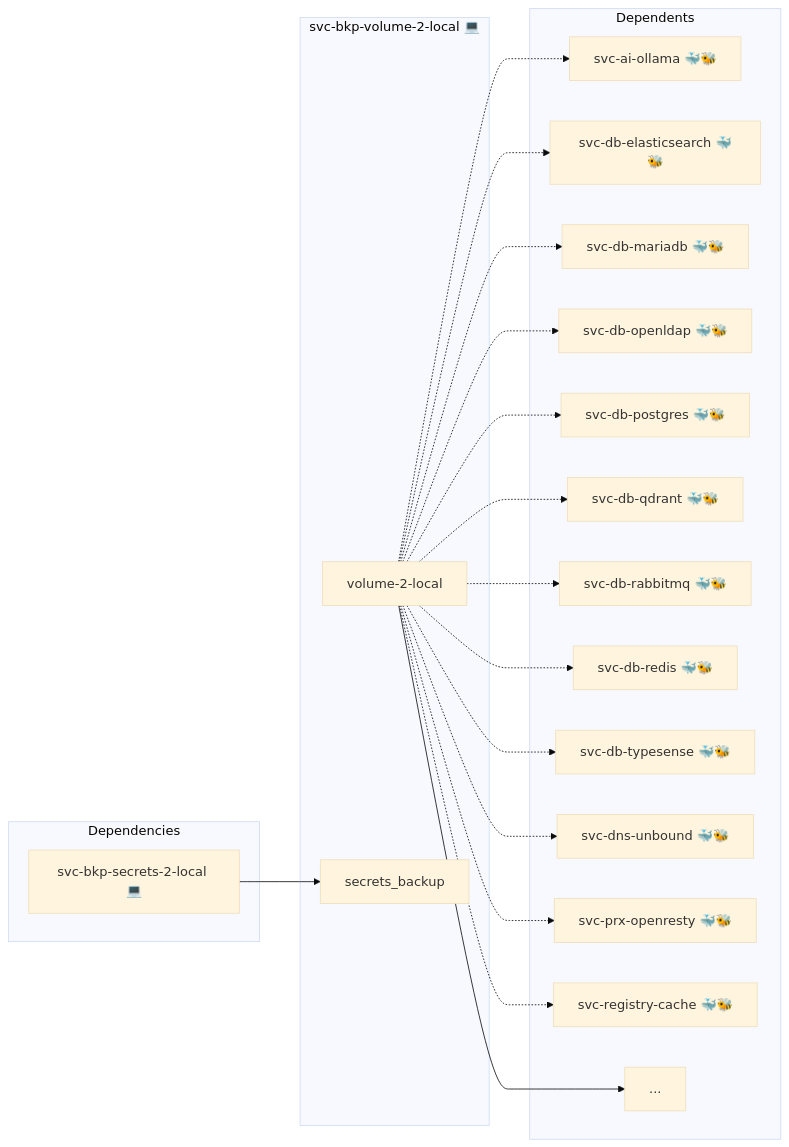
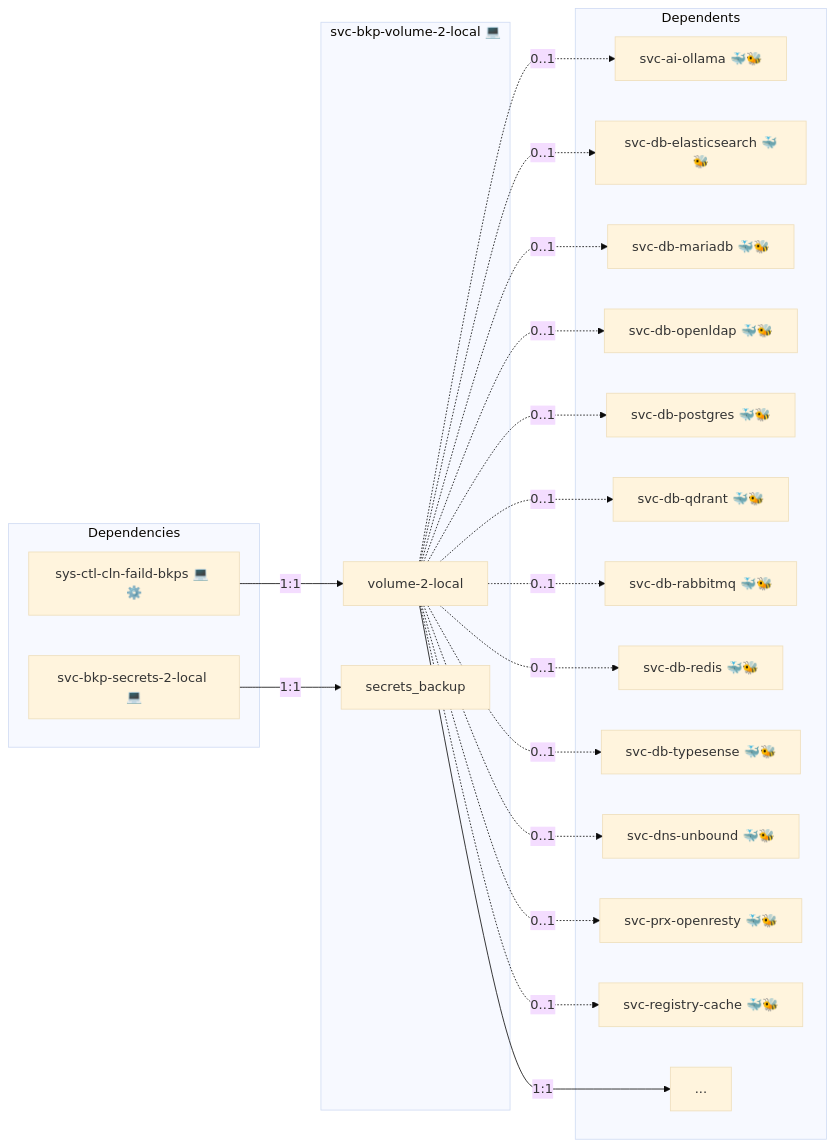
One commit to AlejandroRomanIbanez/infinito-nexus changed the first of 2 diagrams in roles/svc-bkp-volume-2-local/README.md. Above: the diagram before and after it, drawn with Mermaid (base theme). The commit also changed other lines of this file and 4 other files, not shown here.

First line of the commit message:
docs(svc-bkp): regenerate READMEs with current cosmos diagrams

````diff
--- a/roles/svc-bkp-volume-2-local/README.md
+++ b/roles/svc-bkp-volume-2-local/README.md
@@ -17,39 +17,41 @@
 ```mermaid
 flowchart LR
     subgraph deps [Dependencies]
         dep_svc_bkp_secrets_2_local["svc-bkp-secrets-2-local 💻"]
+        dep_sys_ctl_cln_faild_bkps["sys-ctl-cln-faild-bkps 💻 ⚙️"]
     end
     subgraph role [svc-bkp-volume-2-local 💻]
         svc_volume_2_local["volume-2-local"]
         svc_secrets_backup["secrets_backup"]
     end
     subgraph dependents [Dependents]
         dpt_svc_ai_ollama["svc-ai-ollama 🐳🐝"]
         dpt_svc_db_elasticsearch["svc-db-elasticsearch 🐳🐝"]
         dpt_svc_db_mariadb["svc-db-mariadb 🐳🐝"]
         dpt_svc_db_openldap["svc-db-openldap 🐳🐝"]
         dpt_svc_db_postgres["svc-db-postgres 🐳🐝"]
         dpt_svc_db_qdrant["svc-db-qdrant 🐳🐝"]
         dpt_svc_db_rabbitmq["svc-db-rabbitmq 🐳🐝"]
         dpt_svc_db_redis["svc-db-redis 🐳🐝"]
         dpt_svc_db_typesense["svc-db-typesense 🐳🐝"]
         dpt_svc_dns_unbound["svc-dns-unbound 🐳🐝"]
         dpt_svc_prx_openresty["svc-prx-openresty 🐳🐝"]
         dpt_svc_registry_cache["svc-registry-cache 🐳🐝"]
         dpt_more["..."]
     end
-    dep_svc_bkp_secrets_2_local --> svc_secrets_backup
-    svc_volume_2_local --> dpt_more
-    svc_volume_2_local -.-> dpt_svc_ai_ollama
-    svc_volume_2_local -.-> dpt_svc_db_elasticsearch
-    svc_volume_2_local -.-> dpt_svc_db_mariadb
-    svc_volume_2_local -.-> dpt_svc_db_openldap
-    svc_volume_2_local -.-> dpt_svc_db_postgres
-    svc_volume_2_local -.-> dpt_svc_db_qdrant
-    svc_volume_2_local -.-> dpt_svc_db_rabbitmq
-    svc_volume_2_local -.-> dpt_svc_db_redis
-    svc_volume_2_local -.-> dpt_svc_db_typesense
-    svc_volume_2_local -.-> dpt_svc_dns_unbound
-    svc_volume_2_local -.-> dpt_svc_prx_openresty
-    svc_volume_2_local -.-> dpt_svc_registry_cache
+    dep_svc_bkp_secrets_2_local -- "1:1" --> svc_secrets_backup
+    dep_sys_ctl_cln_faild_bkps -- "1:1" --> svc_volume_2_local
+    svc_volume_2_local -- "1:1" --> dpt_more
+    svc_volume_2_local -. "0..1" .-> dpt_svc_ai_ollama
+    svc_volume_2_local -. "0..1" .-> dpt_svc_db_elasticsearch
+    svc_volume_2_local -. "0..1" .-> dpt_svc_db_mariadb
+    svc_volume_2_local -. "0..1" .-> dpt_svc_db_openldap
+    svc_volume_2_local -. "0..1" .-> dpt_svc_db_postgres
+    svc_volume_2_local -. "0..1" .-> dpt_svc_db_qdrant
+    svc_volume_2_local -. "0..1" .-> dpt_svc_db_rabbitmq
+    svc_volume_2_local -. "0..1" .-> dpt_svc_db_redis
+    svc_volume_2_local -. "0..1" .-> dpt_svc_db_typesense
+    svc_volume_2_local -. "0..1" .-> dpt_svc_dns_unbound
+    svc_volume_2_local -. "0..1" .-> dpt_svc_prx_openresty
+    svc_volume_2_local -. "0..1" .-> dpt_svc_registry_cache
 ```
````
